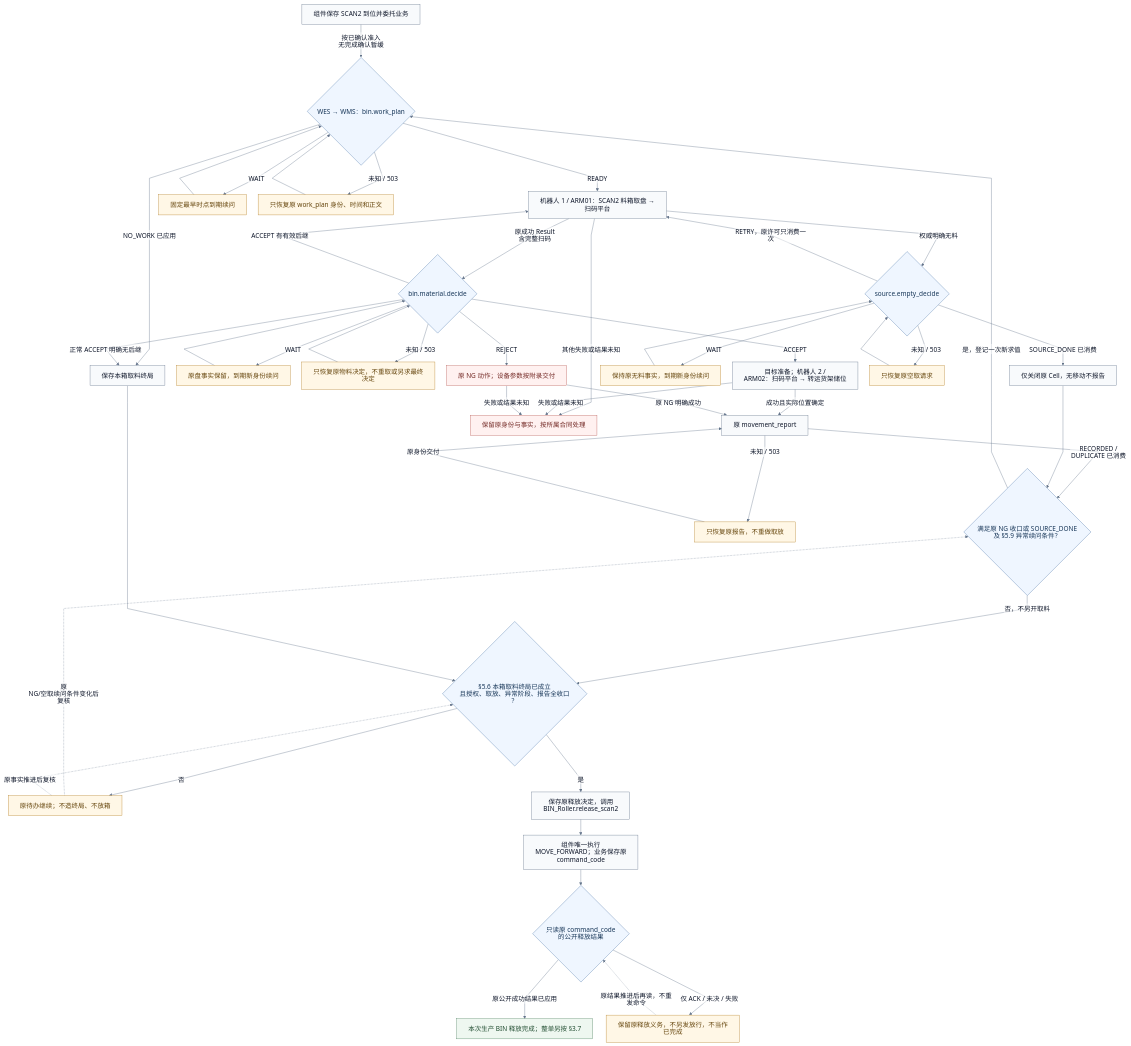
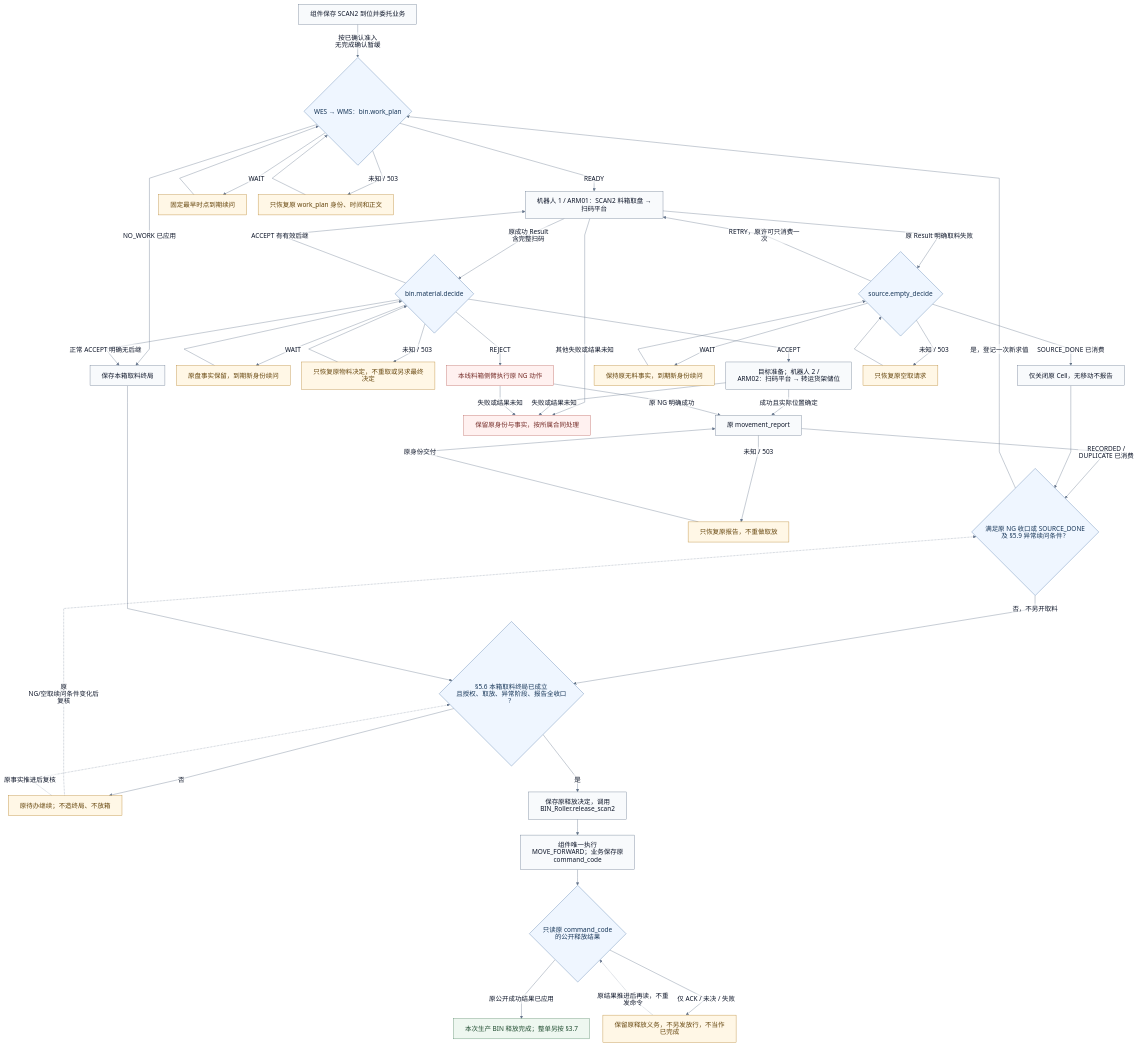
Before and after one commit to kaizhoumasha/maintenance-admin: the second of 4 diagrams in docs/integrations/smt-auto-api.md, drawn with Mermaid. The commit also changed other lines of this file and 87 other files, not shown here.

````diff
--- a/docs/integrations/smt-auto-api.md
+++ b/docs/integrations/smt-auto-api.md
@@ -150,56 +238,56 @@
 ```mermaid
 %%{init: {"htmlLabels":false,"theme":"base","flowchart":{"htmlLabels":false,"padding":16,"nodeSpacing":32,"rankSpacing":44,"curve":"linear","wrappingWidth":320,"diagramPadding":20},"themeVariables":{"fontFamily":"sans-serif","fontSize":"18px","lineColor":"#64748b","edgeLabelBackground":"#ffffff","primaryColor":"#f8fafc","primaryTextColor":"#0f172a","primaryBorderColor":"#64748b"},"fontFamily":"sans-serif"}}%%
 flowchart TB
     B0["组件保存 SCAN2 到位并委托业务"] -->|按已确认准入<br/>无完成确认暂缓| B1{"WES → WMS：bin.work_plan"}
     B1 -->|READY| B2["机器人 1 / ARM01：SCAN2 料箱取盘 → 扫码平台"]
     B1 -->|WAIT| BW["固定最早时点到期续问"]
     BW --> B1
     B1 -->|未知 / 503| BWP["只恢复原 work_plan 身份、时间和正文"]
     BWP --> B1
     B1 -->|NO_WORK 已应用| BT["保存本箱取料终局"]
     B2 -->|原成功 Result 含完整扫码| B3{"bin.material.decide"}
     B3 -->|WAIT| BDW["原盘事实保留，到期新身份续问"]
     BDW --> B3
     B3 -->|未知 / 503| BMP["只恢复原物料决定，不重取或另求最终决定"]
     BMP --> B3
     B3 -->|ACCEPT| B4["目标准备；机器人 2 / ARM02：扫码平台 → 转运货架储位"]
     B3 -->|ACCEPT 有有效后继| B2
     B3 -->|正常 ACCEPT 明确无后继| BT
-    B3 -->|REJECT| BNG["原 NG 动作；设备参数按附录交付"]
+    B3 -->|REJECT| BNG["本线料箱侧臂执行原 NG 动作"]
     B4 -->|成功且实际位置确定| B5["原 movement_report"]
     BNG -->|原 NG 明确成功| B5
     B5 -->|RECORDED / DUPLICATE 已消费| BA{"满足原 NG 收口或 SOURCE_DONE<br/>及 §5.9 异常续问条件？"}
     B5 -->|未知 / 503| BREP["只恢复原报告，不重做取放"]
     BREP -->|原身份交付| B5
-    B2 -->|权威明确无料| BE{"source.empty_decide"}
+    B2 -->|原 Result 明确取料失败| BE{"source.empty_decide"}
     BE -->|WAIT| BEW["保持原无料事实，到期新身份续问"]
     BEW --> BE
     BE -->|RETRY，原许可只消费一次| B2
     BE -->|SOURCE_DONE 已消费| BSC["仅关闭原 Cell，无移动不报告"]
     BSC --> BA
     BA -->|是，登记一次新求值| B1
     BA -->|否，不另开取料| BC{"§5.6 本箱取料终局已成立<br/>且授权、取放、异常阶段、报告全收口？"}
     BT --> BC
     BC -->|否| BP["原待办继续；不造终局、不放箱"]
     BP -.->|原 NG/空取续问条件变化后复核| BA
     BP -.->|原事实推进后复核| BC
     BC -->|是| B6["保存原释放决定，调用 BIN_Roller.release_scan2"]
     B6 --> BREL["组件唯一执行 MOVE_FORWARD；业务保存原 command_code"]
     BREL --> BRES{"只读原 command_code 的公开释放结果"}
     BRES -->|原公开成功结果已应用| BDONE["本次生产 BIN 释放完成；整单另按 §3.7"]
     BRES -->|仅 ACK / 未决 / 失败| BH["保留原释放义务，不另发放行，不当作已完成"]
     BH -.->|原结果推进后再读，不重发命令| BRES
     B2 -->|其他失败或结果未知| BU["保留原身份与事实，按所属合同处理"]
     B4 -->|失败或结果未知| BU
     BNG -->|失败或结果未知| BU
     BE -->|未知 / 503| BUP["只恢复原空取请求"]
     BUP --> BE
     classDef decision fill:#eff6ff,stroke:#4d76a8,color:#173658
     classDef waiting fill:#fff7e6,stroke:#b58127,color:#65450c
     classDef attention fill:#fff1f0,stroke:#b85d58,color:#742a26
     classDef done fill:#eef7f0,stroke:#508462,color:#214d31
     class B1,B3,BE,BA,BC,BRES decision
     class BW,BDW,BEW,BP,BREP,BH,BUP,BWP,BMP waiting
     class BNG,BU attention
     class BDONE done
 ```
````
